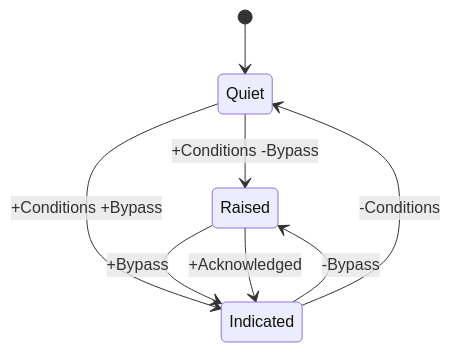
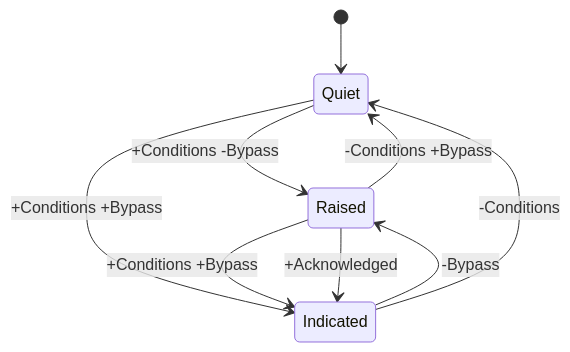
One commit to fermi-ad/acorn-alarms-service changed the diagram in README.md. Above: the diagram before and after it, drawn with Mermaid.

Commit message:
Update state diagram transitions in README

````diff
--- a/README.md
+++ b/README.md
@@ -49,10 +49,11 @@
 ```mermaid
 stateDiagram-v2
   [*] --> Quiet
   Quiet --> Raised: +Conditions -Bypass
   Quiet --> Indicated: +Conditions +Bypass
-  Raised --> Indicated: +Bypass
+  Raised --> Indicated: +Conditions +Bypass
+  Raised --> Quiet: -Conditions +Bypass
   Raised --> Indicated: +Acknowledged
   Indicated --> Raised: -Bypass
   Indicated --> Quiet: -Conditions
 ```
````
